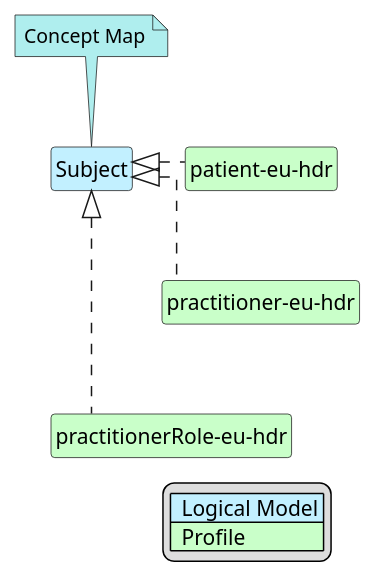
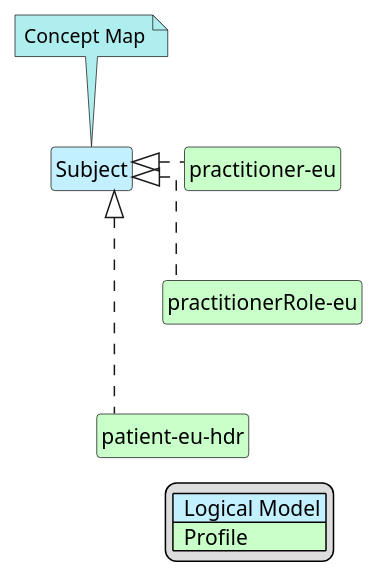
One commit to hl7-eu/hdr changed the diagram in input/images-source/Subject-map.plantuml. Above: the diagram before and after it, drawn with PlantUML. The commit also changed 23 other files, not shown here.

```diff
--- a/input/images-source/Subject-map.plantuml
+++ b/input/images-source/Subject-map.plantuml
@@ -1,27 +1,27 @@
 @startuml
 hide circle
 hide stereotype
 hide members
 hide methods
 skinparam linetype ortho
 skinparam class {
 BackgroundColor<<LogicalModel>> #APPLICATION
 BackgroundColor<<Profile>> #TECHNOLOGY
 }
 legend right
 | <#APPLICATION>  Logical Model |
 | <#TECHNOLOGY>  Profile |
 endlegend
 class "Subject" <<LogicalModel>> [[StructureDefinition-Subject.html]]
 note top #PaleTurquoise [[ConceptMap-subject2FHIR-eu-hdr.html]]
 Concept Map
 endnote
+class "practitioner-eu" <<Profile>> [[StructureDefinition-practitioner-eu.html]]
+"Subject" <|. "practitioner-eu"
+class "practitionerRole-eu" <<Profile>> [[StructureDefinition-practitionerRole-eu.html]]
+"Subject" <|. "practitionerRole-eu"
+"practitioner-eu" -d[hidden]-> "practitionerRole-eu"
 class "patient-eu-hdr" <<Profile>> [[StructureDefinition-patient-eu-hdr.html]]
 "Subject" <|. "patient-eu-hdr"
-class "practitioner-eu-hdr" <<Profile>> [[StructureDefinition-practitioner-eu-hdr.html]]
-"Subject" <|. "practitioner-eu-hdr"
-"patient-eu-hdr" -d[hidden]-> "practitioner-eu-hdr"
-class "practitionerRole-eu-hdr" <<Profile>> [[StructureDefinition-practitionerRole-eu-hdr.html]]
-"Subject" <|. "practitionerRole-eu-hdr"
-"practitioner-eu-hdr" -d[hidden]-> "practitionerRole-eu-hdr"
+"practitionerRole-eu" -d[hidden]-> "patient-eu-hdr"
 @enduml
```
